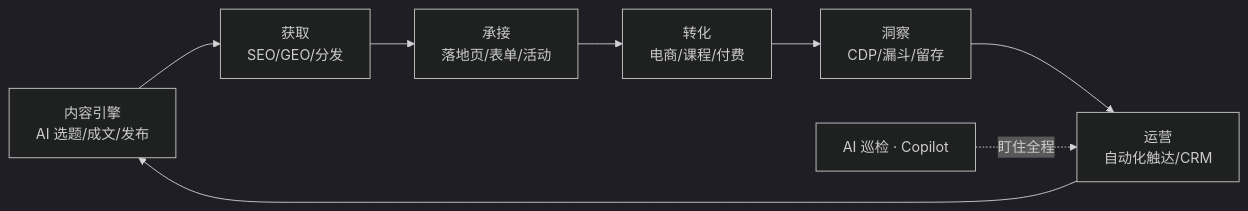
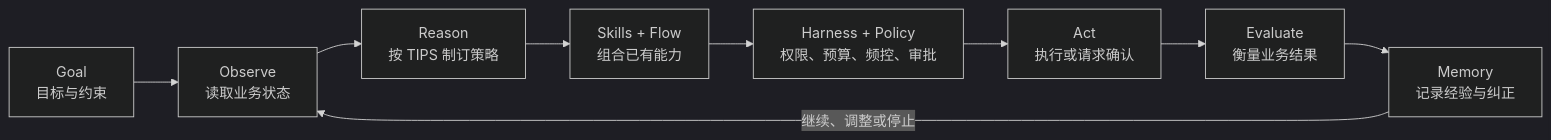
Before and after one commit to sevenaaaaaaaaa/openflow: the second of 3 diagrams in README.md, drawn with Mermaid (dark theme). The commit also changed other lines of this file and 272 other files, not shown here.

Commit message:
docs(product): define TIPS Flow and Loop direction

````diff
--- a/README.md
+++ b/README.md
@@ -236,10 +81,11 @@
 ```mermaid
 flowchart LR
-  A[内容引擎<br/>AI 选题/成文/发布] --> B[获取<br/>SEO/GEO/分发]
-  B --> C[承接<br/>落地页/表单/活动]
-  C --> D[转化<br/>电商/课程/付费]
-  D --> E[洞察<br/>CDP/漏斗/留存]
-  E --> F[运营<br/>自动化触达/CRM]
-  F --> A
-  AI[AI 巡检 · Copilot] -.盯住全程.-> F
+  G["Goal<br/>目标与约束"] --> O["Observe<br/>读取业务状态"]
+  O --> R["Reason<br/>按 TIPS 制订策略"]
+  R --> K["Skills + Flow<br/>组合已有能力"]
+  K --> H["Harness + Policy<br/>权限、预算、频控、审批"]
+  H --> A["Act<br/>执行或请求确认"]
+  A --> E["Evaluate<br/>衡量业务结果"]
+  E --> M["Memory<br/>记录经验与纠正"]
+  M -->|"继续、调整或停止"| O
 ```
````
